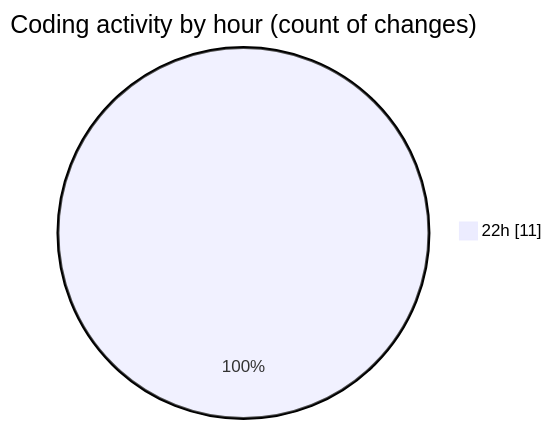
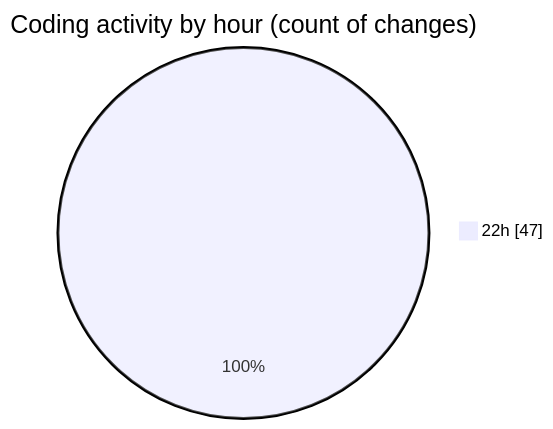
One commit to Ritupan-Deka/code-tracking changed the second of 2 diagrams in 2025-08-09/javascript/README.md. Above: the diagram before and after it, drawn with Mermaid. The commit also changed other lines of this file and 1 other file, not shown here.

````diff
--- a/2025-08-09/javascript/README.md
+++ b/2025-08-09/javascript/README.md
@@ -28,5 +28,5 @@
 ```mermaid
 pie showData
 title Coding activity by hour (count of changes)
-"22h" : 11
+"22h" : 47
 ```
````
